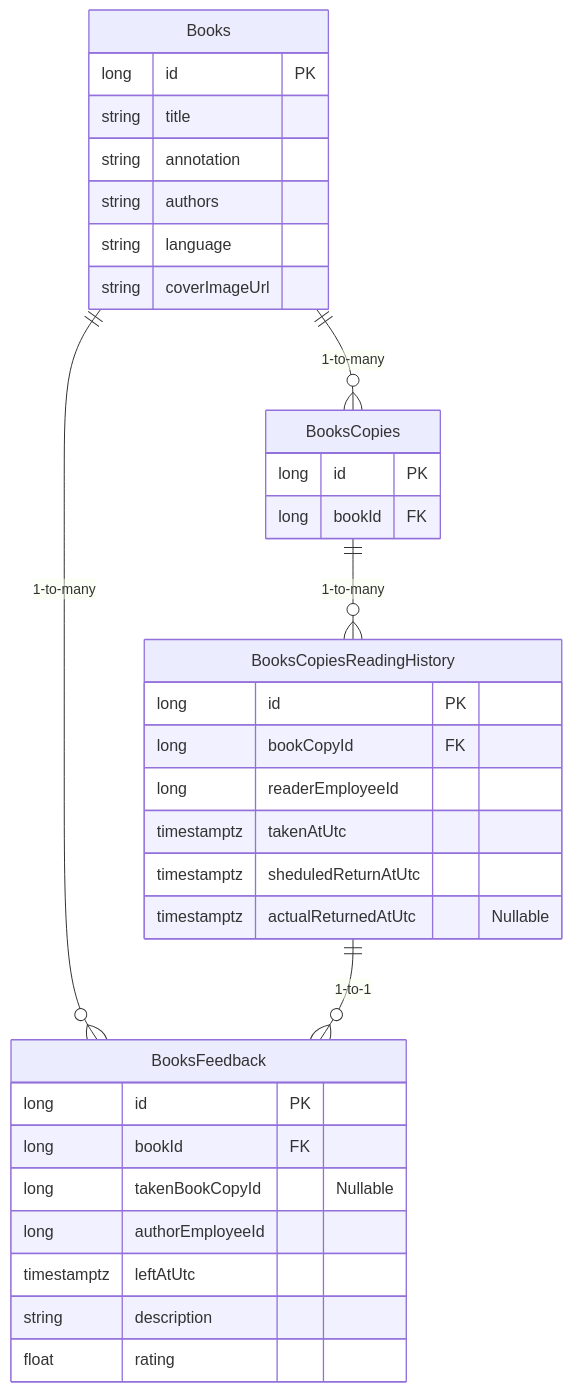
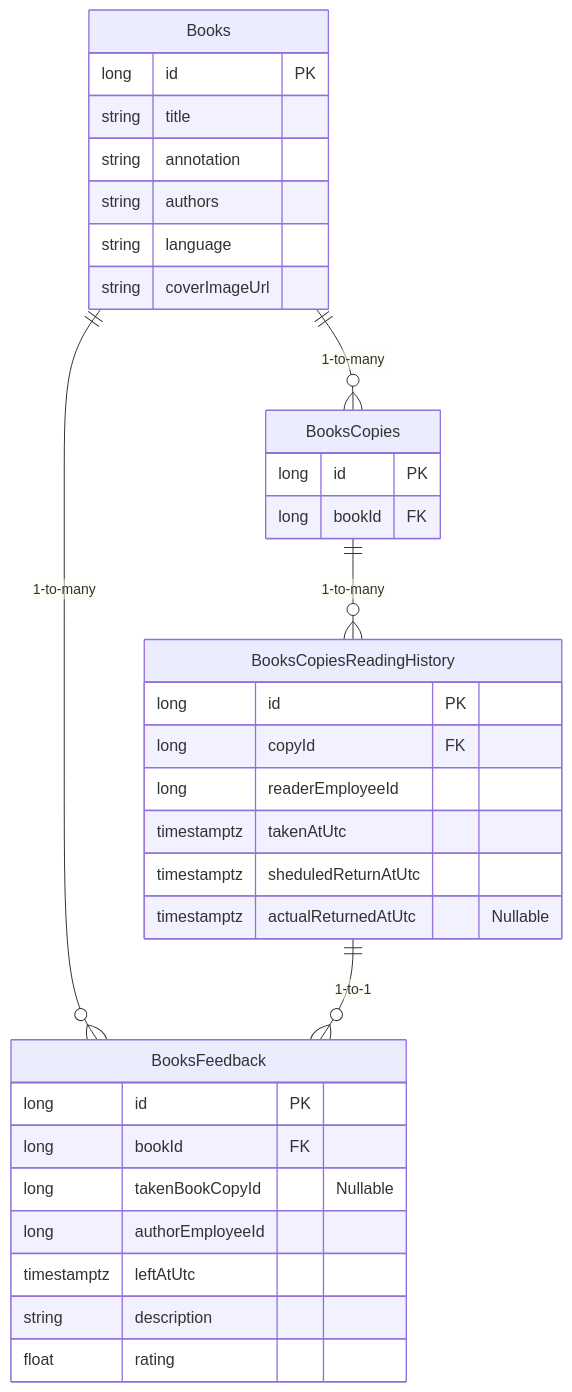
Before and after one commit to TourmalineCore/inner-circle-documentation: the fourth of 5 diagrams in books-api/Book Copies ADR.md, drawn with Mermaid. The commit also changed 1 other file, not shown here.

````diff
--- a/books-api/Book Copies ADR.md
+++ b/books-api/Book Copies ADR.md
@@ -119,36 +119,36 @@
 ```mermaid
 erDiagram
     Books ||--o{ BooksCopies : "1-to-many"
     Books ||--o{ BooksFeedback : "1-to-many"
     BooksCopies ||--o{ BooksCopiesReadingHistory : "1-to-many"
     BooksCopiesReadingHistory ||--o{ BooksFeedback : "1-to-1"
     Books {
         long id PK
         string title
         string annotation
         string authors
         string language
         string coverImageUrl
     }
     BooksCopies {
         long id PK
         long bookId FK
     }
     BooksCopiesReadingHistory {
         long id PK
-        long bookCopyId FK
+        long copyId FK
         long readerEmployeeId
         timestamptz takenAtUtc
         timestamptz sheduledReturnAtUtc
         timestamptz actualReturnedAtUtc "Nullable"
     }
     BooksFeedback {
         long id PK
         long bookId FK
         long takenBookCopyId "Nullable"
         long authorEmployeeId
         timestamptz leftAtUtc
         string description
         float rating
     }
 ```
````
